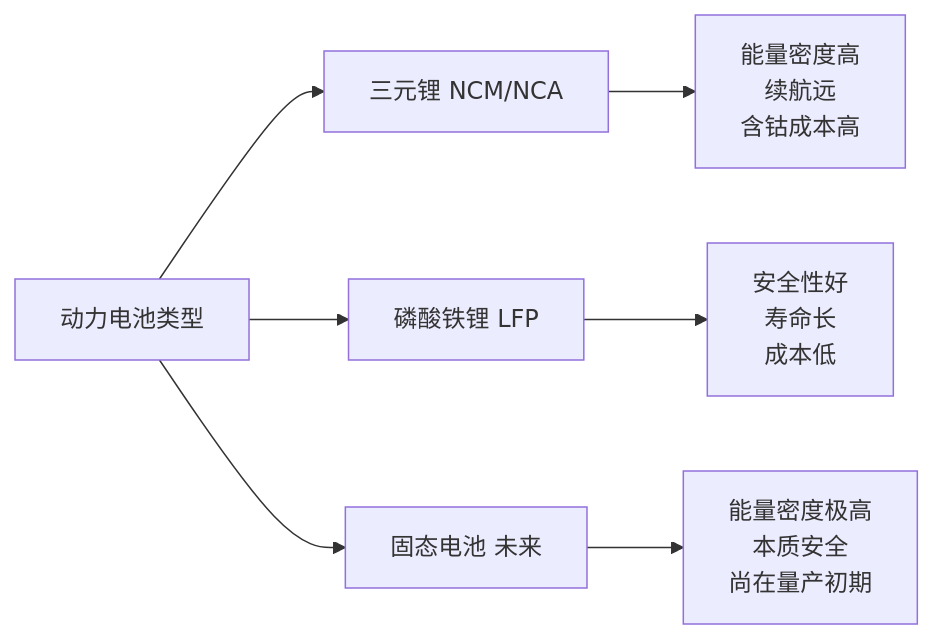
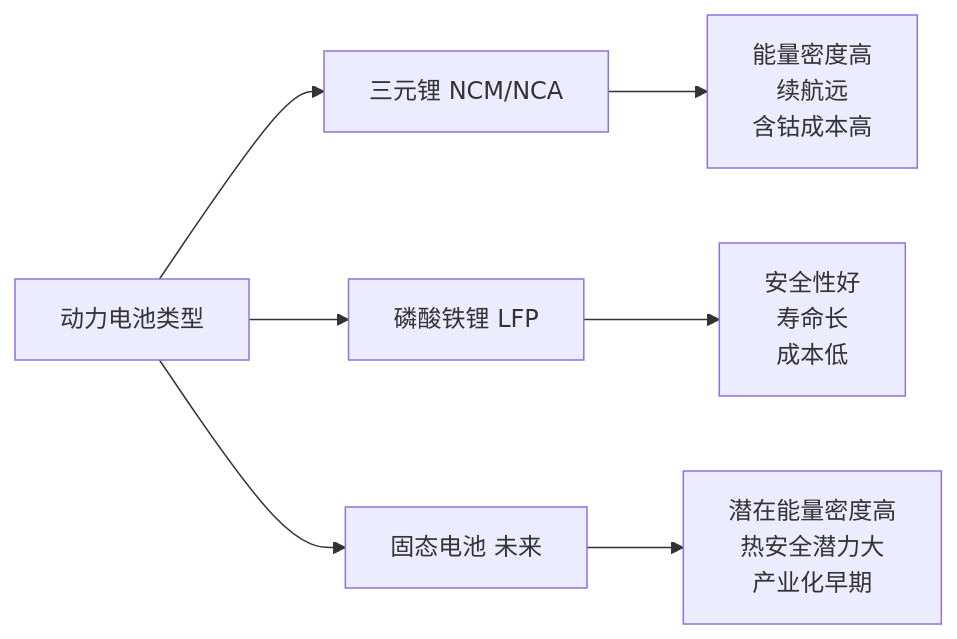
One commit to CroissantSong/car-knowledge-site changed the second of 7 diagrams in docs/new-energy/battery-motor.md. Above: the diagram before and after it, drawn with Mermaid. The commit also changed other lines of this file and 8 other files, not shown here.

````diff
--- a/docs/new-energy/battery-motor.md
+++ b/docs/new-energy/battery-motor.md
@@ -38,9 +38,9 @@
 ```mermaid
 flowchart LR
     A[动力电池类型] --> B[三元锂 NCM/NCA]
     A --> C[磷酸铁锂 LFP]
     A --> D[固态电池 未来]
     B --> B1["能量密度高<br/>续航远<br/>含钴成本高"]
     C --> C1["安全性好<br/>寿命长<br/>成本低"]
-    D --> D1["能量密度极高<br/>本质安全<br/>尚在量产初期"]
+    D --> D1["潜在能量密度高<br/>热安全潜力大<br/>产业化早期"]
 ```
````
